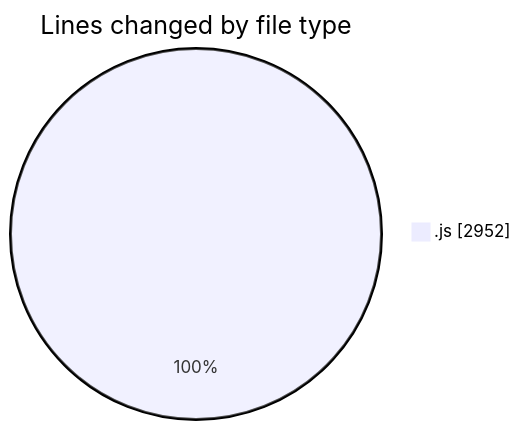
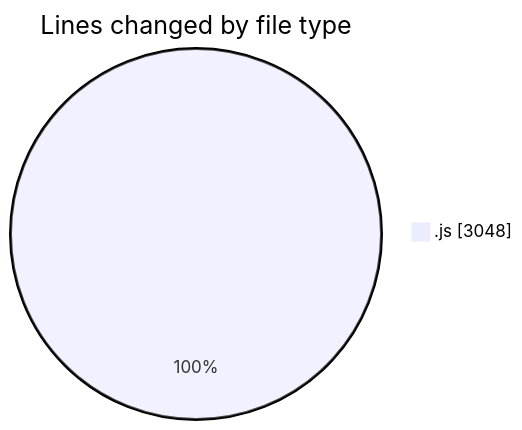
The first of 2 diagrams in 2025-09-08/cashcalculator/README.md (nxtqubesakshisongat/code-tracking), drawn with Mermaid before and after one commit. The commit also changed other lines of this file and 1 other file, not shown here.

````diff
--- a/2025-09-08/cashcalculator/README.md
+++ b/2025-09-08/cashcalculator/README.md
@@ -20,5 +20,5 @@
 ```mermaid
 pie showData
 title Lines changed by file type
-".js" : 2952
+".js" : 3048
 ```
````
